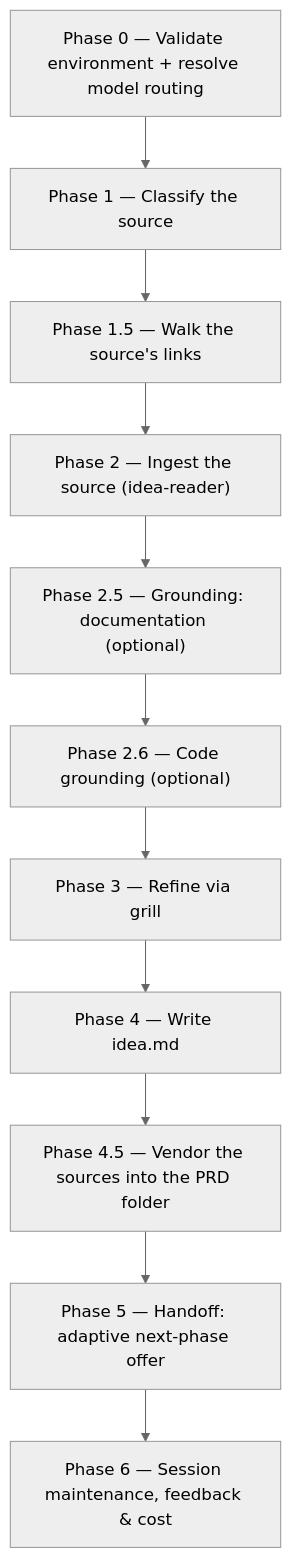
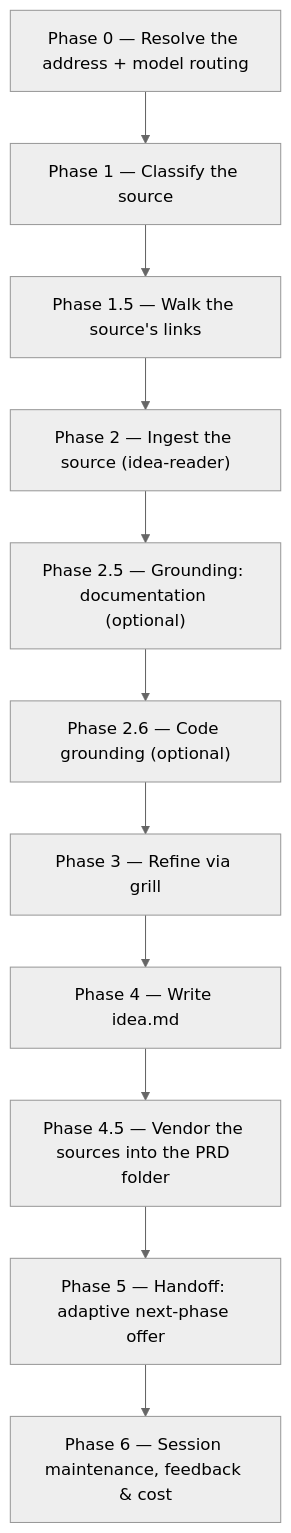
The diagram in plugins/product-workflows/docs/commands/idea.md (ihudak/ihudak-claude-plugins), drawn with Mermaid (neutral theme) before and after one commit. The commit also changed other lines of this file and 7 other files, not shown here.

````diff
--- a/plugins/product-workflows/docs/commands/idea.md
+++ b/plugins/product-workflows/docs/commands/idea.md
@@ -26,13 +26,13 @@
 ```mermaid
 flowchart TD
-    p0["Phase 0 — Validate environment + resolve model routing"] --> p1["Phase 1 — Classify the source"]
+    p0["Phase 0 — Resolve the address + model routing"] --> p1["Phase 1 — Classify the source"]
     p1 --> p15["Phase 1.5 — Walk the source's links"]
     p15 --> p2["Phase 2 — Ingest the source (idea-reader)"]
     p2 --> p25["Phase 2.5 — Grounding: documentation (optional)"]
     p25 --> p26["Phase 2.6 — Code grounding (optional)"]
     p26 --> p3["Phase 3 — Refine via grill"]
     p3 --> p4["Phase 4 — Write idea.md"]
     p4 --> p45["Phase 4.5 — Vendor the sources into the PRD folder"]
     p45 --> p5["Phase 5 — Handoff: adaptive next-phase offer"]
     p5 --> p6["Phase 6 — Session maintenance, feedback & cost"]
 ```
````
